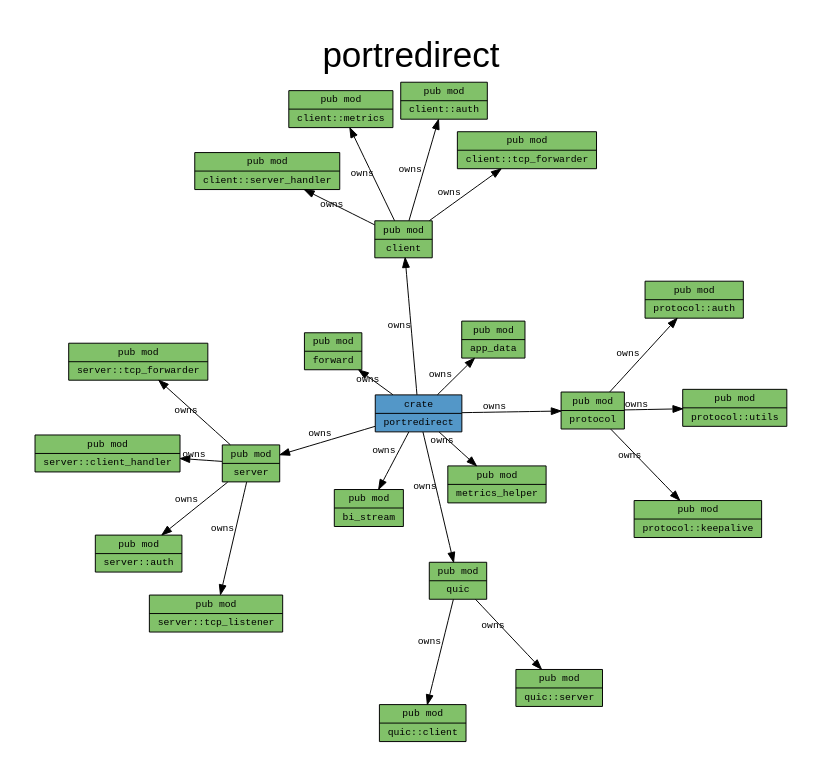
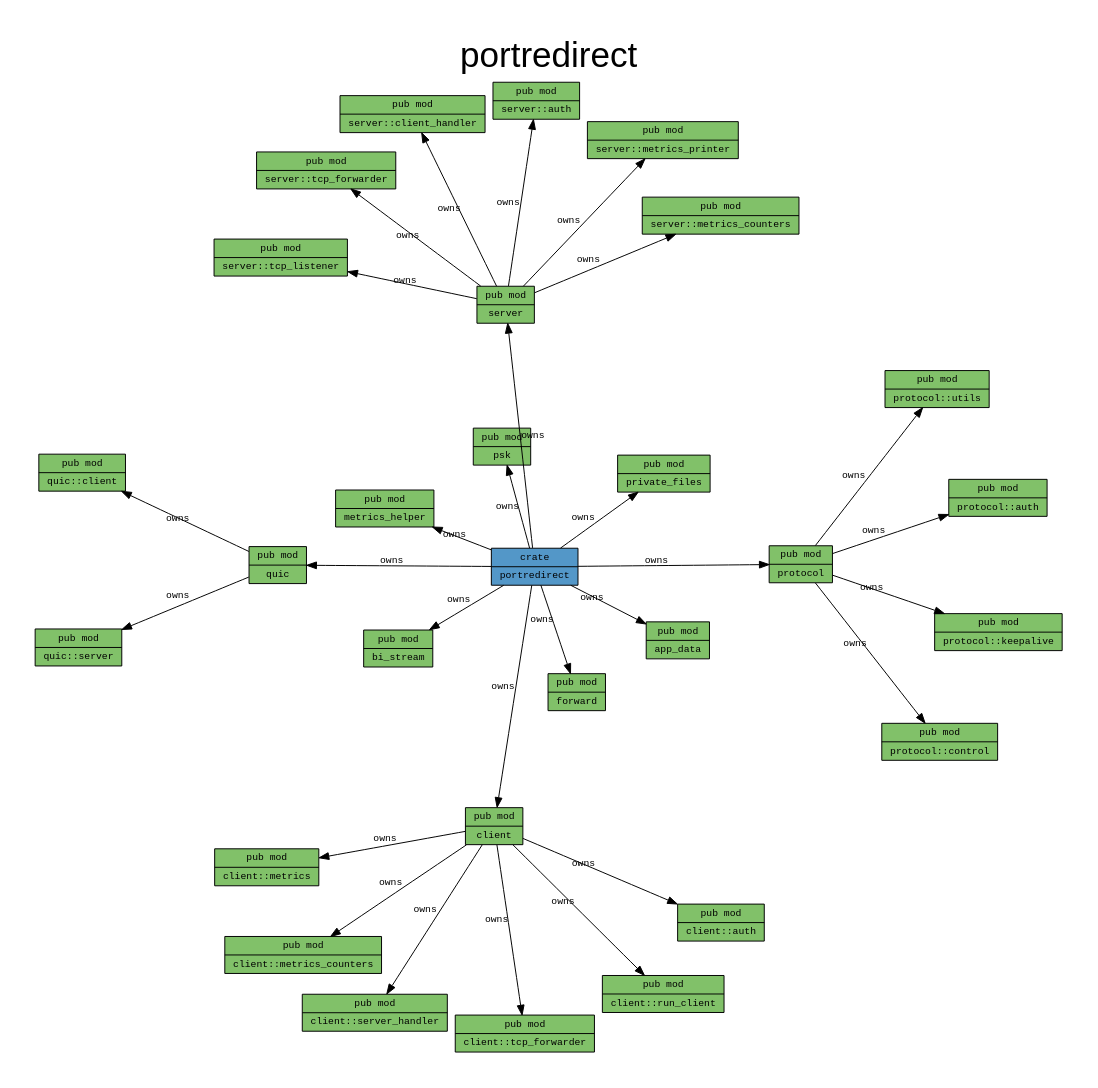
The diagram in docs/cargo-mods-lib.dot (FionaPreroll/vibe-portredirect), drawn with Graphviz before and after one commit. The commit also changed 5 other files, not shown here.

```diff
--- a/docs/cargo-mods-lib.dot
+++ b/docs/cargo-mods-lib.dot
@@ -1,77 +1,91 @@
 digraph {
 
     graph [
         label="portredirect",
         labelloc=t,
 
         pad=0.4,
 
         // Consider rendering the graph using a different layout algorithm, such as:
         // [dot, neato, twopi, circo, fdp, sfdp]
         layout=neato,
         overlap=false,
         splines="line",
         rankdir=LR,
 
         fontname="Helvetica", 
         fontsize="36",
     ];
 
     node [
         fontname="monospace",
         fontsize="10",
         shape="record",
         style="filled",
     ];
 
     edge [
         fontname="monospace",
         fontsize="10",
     ];
 
     "portredirect" [label="crate|portredirect", fillcolor="#5397c8"]; // "crate" node
     "portredirect::app_data" [label="pub mod|app_data", fillcolor="#81c169"]; // "mod" node
     "portredirect::bi_stream" [label="pub mod|bi_stream", fillcolor="#81c169"]; // "mod" node
     "portredirect::client" [label="pub mod|client", fillcolor="#81c169"]; // "mod" node
     "portredirect::client::auth" [label="pub mod|client::auth", fillcolor="#81c169"]; // "mod" node
     "portredirect::client::metrics" [label="pub mod|client::metrics", fillcolor="#81c169"]; // "mod" node
+    "portredirect::client::metrics_counters" [label="pub mod|client::metrics_counters", fillcolor="#81c169"]; // "mod" node
+    "portredirect::client::run_client" [label="pub mod|client::run_client", fillcolor="#81c169"]; // "mod" node
     "portredirect::client::server_handler" [label="pub mod|client::server_handler", fillcolor="#81c169"]; // "mod" node
     "portredirect::client::tcp_forwarder" [label="pub mod|client::tcp_forwarder", fillcolor="#81c169"]; // "mod" node
     "portredirect::forward" [label="pub mod|forward", fillcolor="#81c169"]; // "mod" node
     "portredirect::metrics_helper" [label="pub mod|metrics_helper", fillcolor="#81c169"]; // "mod" node
+    "portredirect::private_files" [label="pub mod|private_files", fillcolor="#81c169"]; // "mod" node
     "portredirect::protocol" [label="pub mod|protocol", fillcolor="#81c169"]; // "mod" node
     "portredirect::protocol::auth" [label="pub mod|protocol::auth", fillcolor="#81c169"]; // "mod" node
+    "portredirect::protocol::control" [label="pub mod|protocol::control", fillcolor="#81c169"]; // "mod" node
     "portredirect::protocol::keepalive" [label="pub mod|protocol::keepalive", fillcolor="#81c169"]; // "mod" node
     "portredirect::protocol::utils" [label="pub mod|protocol::utils", fillcolor="#81c169"]; // "mod" node
+    "portredirect::psk" [label="pub mod|psk", fillcolor="#81c169"]; // "mod" node
     "portredirect::quic" [label="pub mod|quic", fillcolor="#81c169"]; // "mod" node
     "portredirect::quic::client" [label="pub mod|quic::client", fillcolor="#81c169"]; // "mod" node
     "portredirect::quic::server" [label="pub mod|quic::server", fillcolor="#81c169"]; // "mod" node
     "portredirect::server" [label="pub mod|server", fillcolor="#81c169"]; // "mod" node
     "portredirect::server::auth" [label="pub mod|server::auth", fillcolor="#81c169"]; // "mod" node
     "portredirect::server::client_handler" [label="pub mod|server::client_handler", fillcolor="#81c169"]; // "mod" node
+    "portredirect::server::metrics_counters" [label="pub mod|server::metrics_counters", fillcolor="#81c169"]; // "mod" node
+    "portredirect::server::metrics_printer" [label="pub mod|server::metrics_printer", fillcolor="#81c169"]; // "mod" node
     "portredirect::server::tcp_forwarder" [label="pub mod|server::tcp_forwarder", fillcolor="#81c169"]; // "mod" node
     "portredirect::server::tcp_listener" [label="pub mod|server::tcp_listener", fillcolor="#81c169"]; // "mod" node
 
     "portredirect" -> "portredirect::app_data" [label="owns", color="#000000", style="solid"] [constraint=true]; // "owns" edge
     "portredirect" -> "portredirect::bi_stream" [label="owns", color="#000000", style="solid"] [constraint=true]; // "owns" edge
     "portredirect" -> "portredirect::client" [label="owns", color="#000000", style="solid"] [constraint=true]; // "owns" edge
     "portredirect" -> "portredirect::forward" [label="owns", color="#000000", style="solid"] [constraint=true]; // "owns" edge
     "portredirect" -> "portredirect::metrics_helper" [label="owns", color="#000000", style="solid"] [constraint=true]; // "owns" edge
+    "portredirect" -> "portredirect::private_files" [label="owns", color="#000000", style="solid"] [constraint=true]; // "owns" edge
     "portredirect" -> "portredirect::protocol" [label="owns", color="#000000", style="solid"] [constraint=true]; // "owns" edge
+    "portredirect" -> "portredirect::psk" [label="owns", color="#000000", style="solid"] [constraint=true]; // "owns" edge
     "portredirect" -> "portredirect::quic" [label="owns", color="#000000", style="solid"] [constraint=true]; // "owns" edge
     "portredirect" -> "portredirect::server" [label="owns", color="#000000", style="solid"] [constraint=true]; // "owns" edge
     "portredirect::client" -> "portredirect::client::auth" [label="owns", color="#000000", style="solid"] [constraint=true]; // "owns" edge
     "portredirect::client" -> "portredirect::client::metrics" [label="owns", color="#000000", style="solid"] [constraint=true]; // "owns" edge
+    "portredirect::client" -> "portredirect::client::metrics_counters" [label="owns", color="#000000", style="solid"] [constraint=true]; // "owns" edge
+    "portredirect::client" -> "portredirect::client::run_client" [label="owns", color="#000000", style="solid"] [constraint=true]; // "owns" edge
     "portredirect::client" -> "portredirect::client::server_handler" [label="owns", color="#000000", style="solid"] [constraint=true]; // "owns" edge
     "portredirect::client" -> "portredirect::client::tcp_forwarder" [label="owns", color="#000000", style="solid"] [constraint=true]; // "owns" edge
     "portredirect::protocol" -> "portredirect::protocol::auth" [label="owns", color="#000000", style="solid"] [constraint=true]; // "owns" edge
+    "portredirect::protocol" -> "portredirect::protocol::control" [label="owns", color="#000000", style="solid"] [constraint=true]; // "owns" edge
     "portredirect::protocol" -> "portredirect::protocol::keepalive" [label="owns", color="#000000", style="solid"] [constraint=true]; // "owns" edge
     "portredirect::protocol" -> "portredirect::protocol::utils" [label="owns", color="#000000", style="solid"] [constraint=true]; // "owns" edge
     "portredirect::quic" -> "portredirect::quic::client" [label="owns", color="#000000", style="solid"] [constraint=true]; // "owns" edge
     "portredirect::quic" -> "portredirect::quic::server" [label="owns", color="#000000", style="solid"] [constraint=true]; // "owns" edge
     "portredirect::server" -> "portredirect::server::auth" [label="owns", color="#000000", style="solid"] [constraint=true]; // "owns" edge
     "portredirect::server" -> "portredirect::server::client_handler" [label="owns", color="#000000", style="solid"] [constraint=true]; // "owns" edge
+    "portredirect::server" -> "portredirect::server::metrics_counters" [label="owns", color="#000000", style="solid"] [constraint=true]; // "owns" edge
+    "portredirect::server" -> "portredirect::server::metrics_printer" [label="owns", color="#000000", style="solid"] [constraint=true]; // "owns" edge
     "portredirect::server" -> "portredirect::server::tcp_forwarder" [label="owns", color="#000000", style="solid"] [constraint=true]; // "owns" edge
     "portredirect::server" -> "portredirect::server::tcp_listener" [label="owns", color="#000000", style="solid"] [constraint=true]; // "owns" edge
 
 }
```
